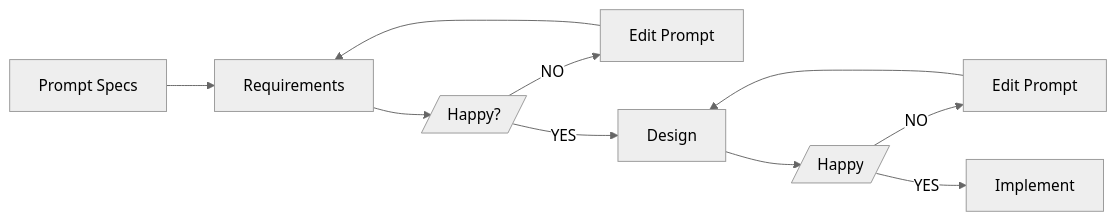
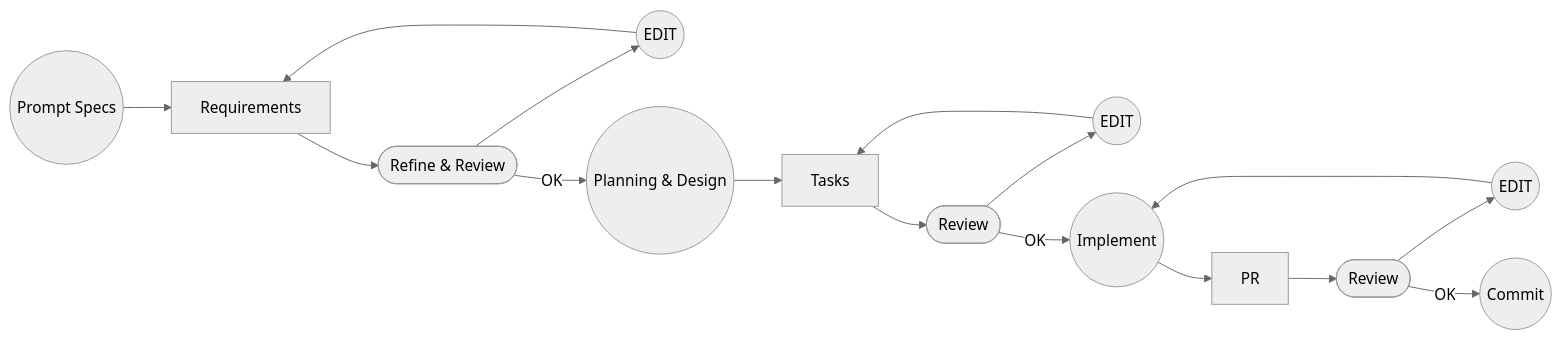
The diagram in _draft/SDD.md (anhttmle/anhttmle.github.io), drawn with Mermaid (neutral theme) before and after one commit.

````diff
--- a/_draft/SDD.md
+++ b/_draft/SDD.md
@@ -1,17 +1,29 @@
 ```mermaid
   flowchart LR
-  prompt_spec["Prompt Specs"]
+  prompt_spec(("Prompt Specs"))
   req["Requirements"]
 
   prompt_spec --> req
-  req --> spec_state[/"Happy?"/]
-  spec_state --NO--> spec_prompt_edit["Edit Prompt"]
-  spec_state --YES--> design["Design"]
-  design --> design_state[/"Happy"/]
-  design_state --NO--> design_prompt_edit["Edit Prompt"]
-  design_state --YES--> implement["Implement"]
+  req --> spec_state(["Refine & Review"])
+
+  spec_state --> spec_prompt_edit(("EDIT"))
+  spec_state --OK--> design(("Planning & Design"))
+
+  design --> task["Tasks"]
+  task --> task_state(["Review"])
+
+  task_state --> task_edit(("EDIT"))
+  task_state --OK--> implement(("Implement"))
+
+  implement --> PR["PR"]
+  PR --> implement_state(["Review"])
+  implement_state --> implement_edit(("EDIT"))
+  implement_state --OK--> commit(("Commit"))
+  
+  
 
   spec_prompt_edit --> req
-  design_prompt_edit --> design
+  task_edit --> task
+  implement_edit --> implement
 
 ```
````
